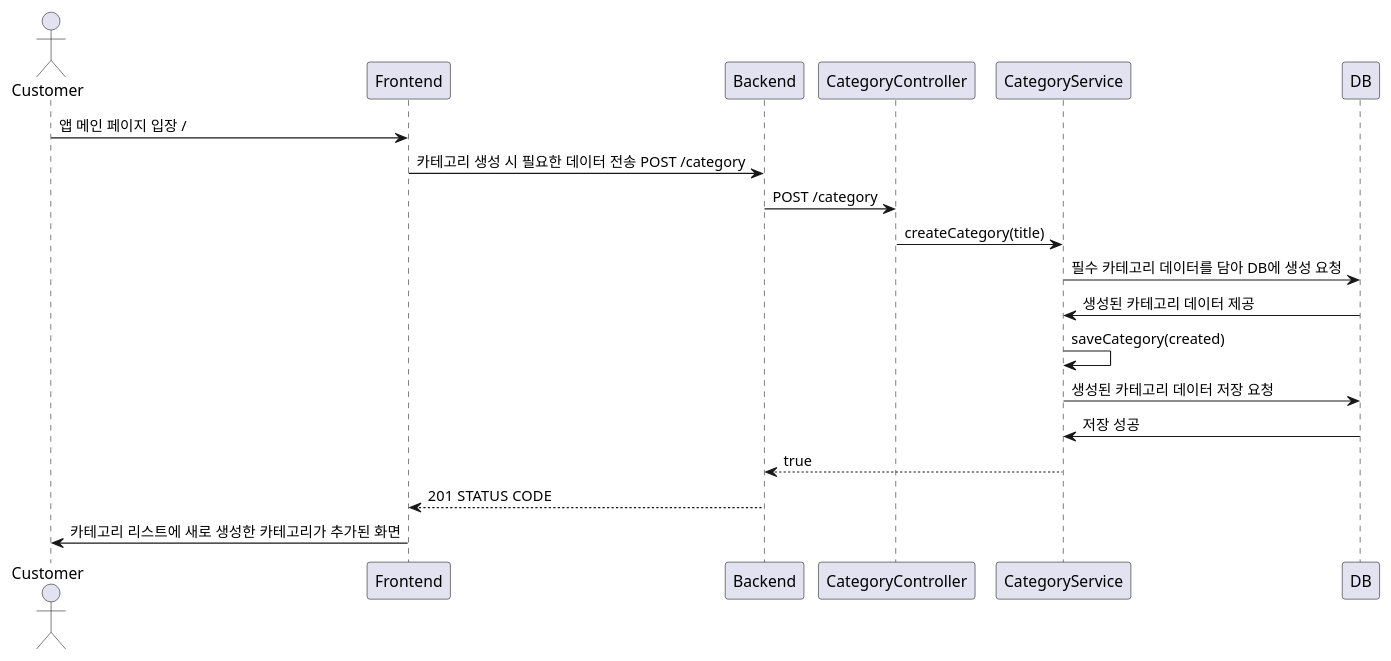
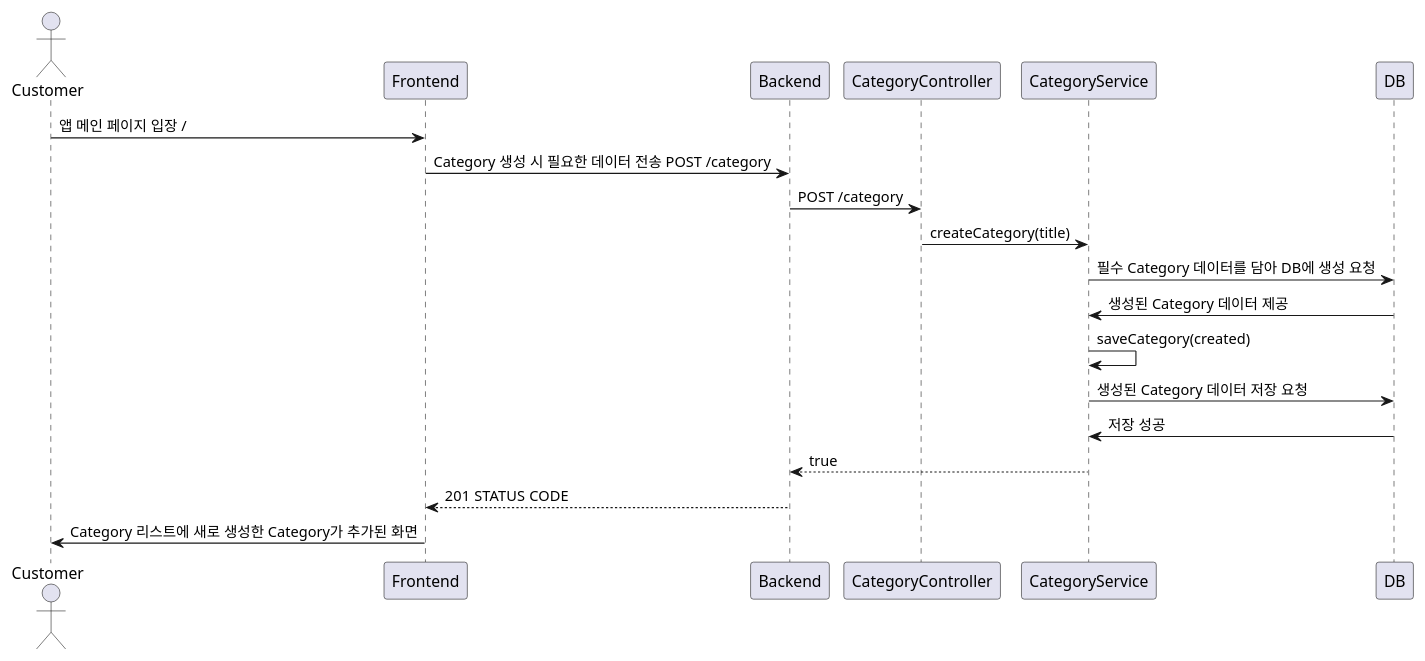
Before and after one commit to VVSOGI/todolist-remake: the diagram in server/docs/category/category.post.md, drawn with PlantUML. The commit also changed other lines of this file and 3 other files, not shown here.

````diff
--- a/server/docs/category/category.post.md
+++ b/server/docs/category/category.post.md
@@ -26,17 +26,17 @@
 ```plantuml
 @startuml
 actor Customer
 Customer -> Frontend: 앱 메인 페이지 입장 /
-    Frontend -> Backend: 카테고리 생성 시 필요한 데이터 전송 POST /category
+    Frontend -> Backend: Category 생성 시 필요한 데이터 전송 POST /category
         Backend -> CategoryController: POST /category
             CategoryController -> CategoryService: createCategory(title)
-                CategoryService -> DB: 필수 카테고리 데이터를 담아 DB에 생성 요청
-                DB -> CategoryService: 생성된 카테고리 데이터 제공
+                CategoryService -> DB: 필수 Category 데이터를 담아 DB에 생성 요청
+                DB -> CategoryService: 생성된 Category 데이터 제공
                 CategoryService -> CategoryService: saveCategory(created)
-                CategoryService -> DB: 생성된 카테고리 데이터 저장 요청
+                CategoryService -> DB: 생성된 Category 데이터 저장 요청
                 DB -> CategoryService: 저장 성공
             Backend <-- CategoryService: true
     Frontend <-- Backend: 201 STATUS CODE
-Customer <- Frontend: 카테고리 리스트에 새로 생성한 카테고리가 추가된 화면
+Customer <- Frontend: Category 리스트에 새로 생성한 Category가 추가된 화면
 @enduml
 ```
````
